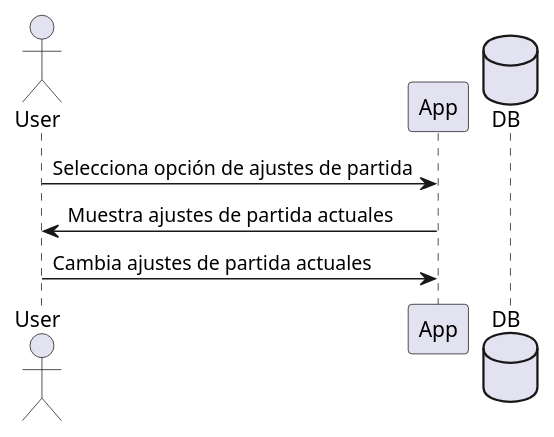
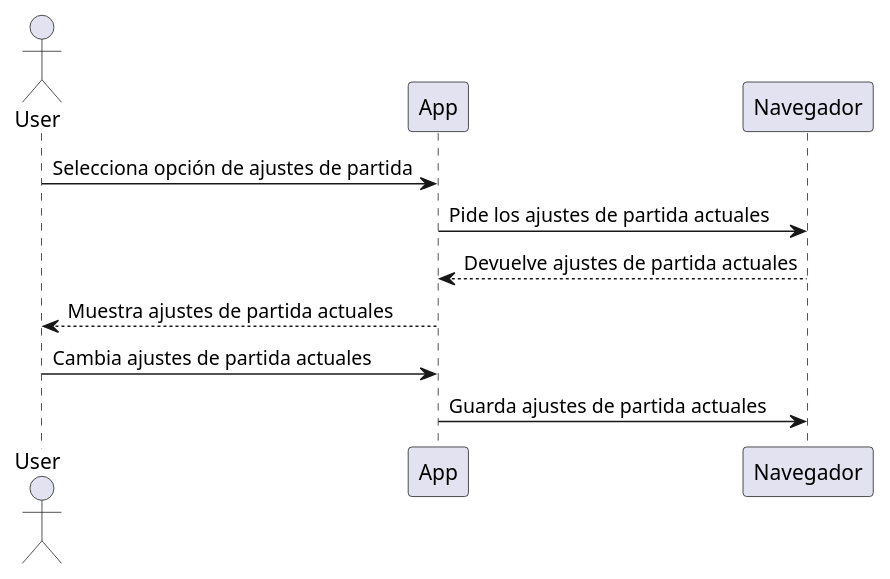
Before and after one commit to Arquisoft/wiq_es6b: the ninth of 9 diagrams in docs/src/06_runtime_view.adoc, drawn with PlantUML. The commit also changed other lines of this file, not shown here.

Commit message:
Actualizados diagramas de secuencia

```diff
--- a/docs/src/06_runtime_view.adoc
+++ b/docs/src/06_runtime_view.adoc
@@ -171,10 +236,13 @@
 [plantuml,"Ajustes",png]
 ----
 actor User
 participant App
-database DB
+participant Navegador
 
 User -> App: Selecciona opción de ajustes de partida
-App -> User: Muestra ajustes de partida actuales
+App-> Navegador: Pide los ajustes de partida actuales
+App <-- Navegador: Devuelve ajustes de partida actuales
+User <-- App: Muestra ajustes de partida actuales
 User -> App: Cambia ajustes de partida actuales
+App-> Navegador: Guarda ajustes de partida actuales
 ----
```
